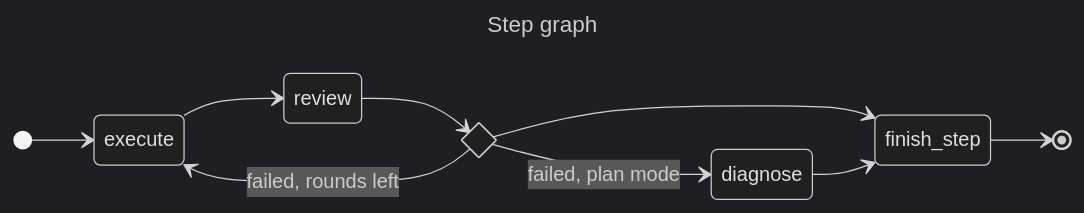
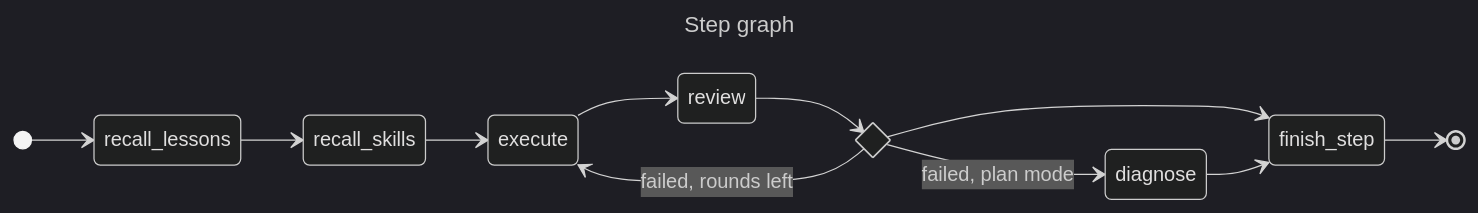
The second of 2 diagrams in docs/architecture.md (Code-byte404/hermie), drawn with Mermaid (dark theme) before and after one commit. The commit also changed other lines of this file and 7 other files, not shown here.

````diff
--- a/docs/architecture.md
+++ b/docs/architecture.md
@@ -82,21 +82,25 @@
 ```mermaid
 ---
 title: Step graph
 ---
 stateDiagram-v2
   direction LR
+  recall_lessons
+  recall_skills
   execute
   review
   state review_outcome <<choice>>
   diagnose
   finish_step
 
-  [*] --> execute
+  [*] --> recall_lessons
+  recall_lessons --> recall_skills
+  recall_skills --> execute
   execute --> review
   review --> review_outcome
   review_outcome --> execute: failed, rounds left
   review_outcome --> diagnose: failed, plan mode
   review_outcome --> finish_step
   diagnose --> finish_step
   finish_step --> [*]
 ```
````
